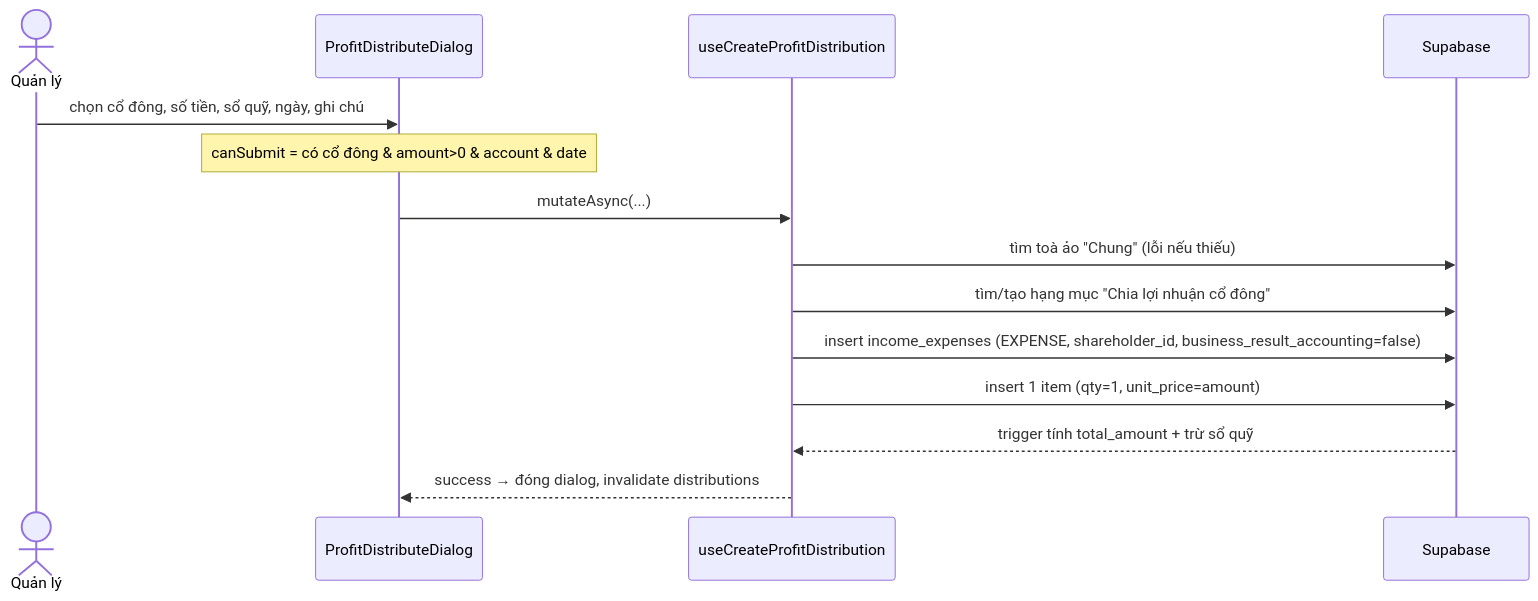
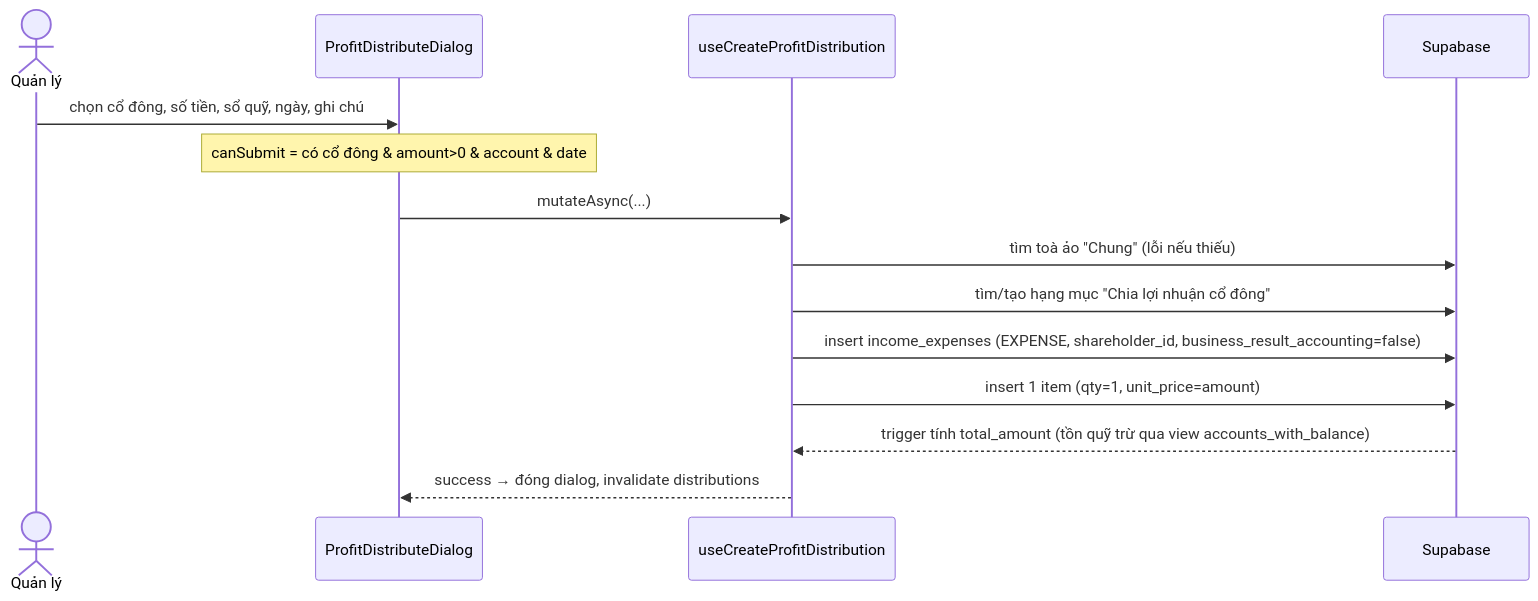
One commit to zxGreenxz/whiteboard-ihomecrm changed the third of 3 diagrams in docs/he-thong/12-co-dong-loi-nhuan.md. Above: the diagram before and after it, drawn with Mermaid. The commit also changed other lines of this file and 17 other files, not shown here.

````diff
--- a/docs/he-thong/12-co-dong-loi-nhuan.md
+++ b/docs/he-thong/12-co-dong-loi-nhuan.md
@@ -274,16 +296,16 @@
 ```mermaid
 sequenceDiagram
     actor QL as Quản lý
     participant Dlg as ProfitDistributeDialog
     participant H as useCreateProfitDistribution
     participant DB as Supabase
     QL->>Dlg: chọn cổ đông, số tiền, sổ quỹ, ngày, ghi chú
     Note over Dlg: canSubmit = có cổ đông & amount>0 & account & date
     Dlg->>H: mutateAsync(...)
     H->>DB: tìm toà ảo "Chung" (lỗi nếu thiếu)
     H->>DB: tìm/tạo hạng mục "Chia lợi nhuận cổ đông"
     H->>DB: insert income_expenses (EXPENSE, shareholder_id, business_result_accounting=false)
     H->>DB: insert 1 item (qty=1, unit_price=amount)
-    DB-->>H: trigger tính total_amount + trừ sổ quỹ
+    DB-->>H: trigger tính total_amount (tồn quỹ trừ qua view accounts_with_balance)
     H-->>Dlg: success → đóng dialog, invalidate distributions
 ```
````
